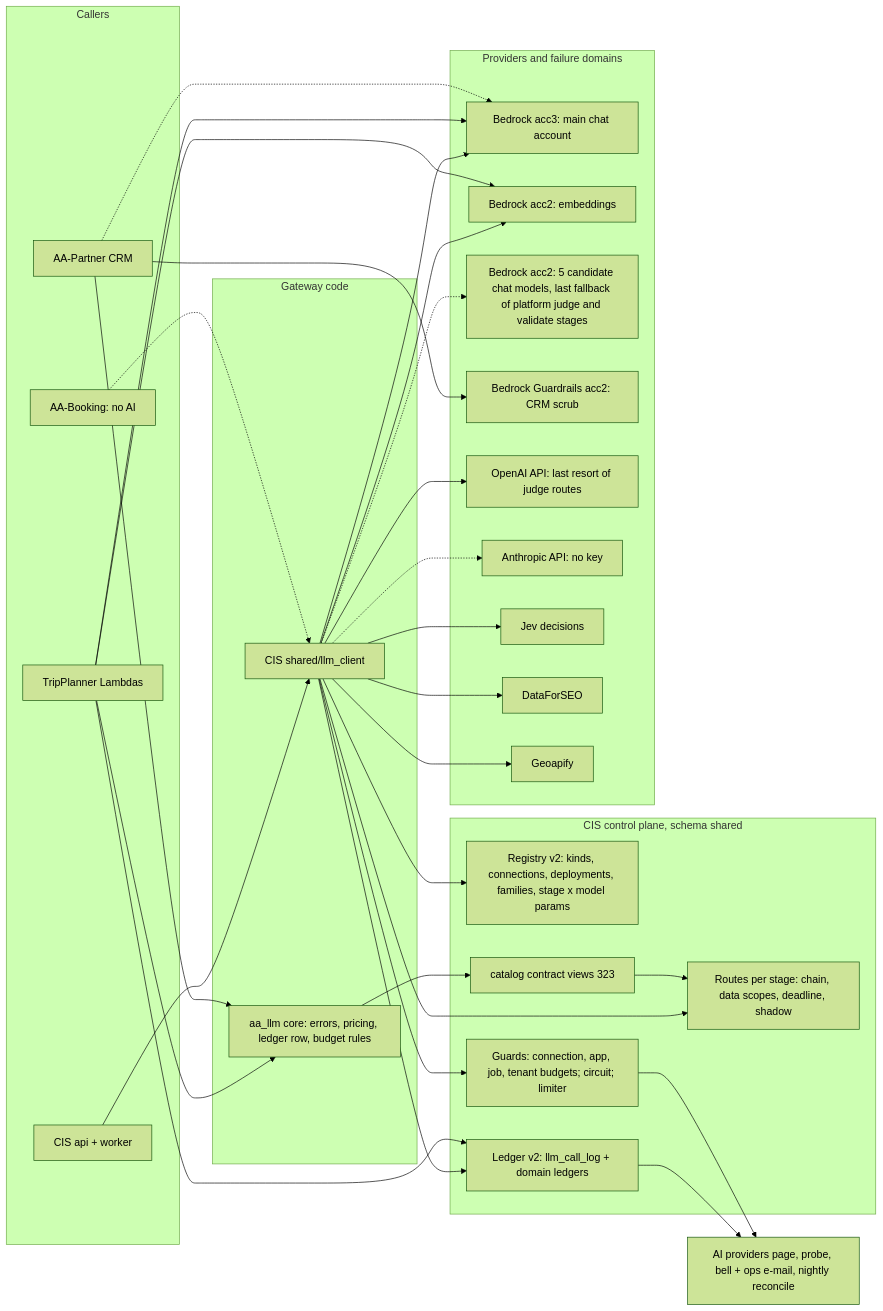
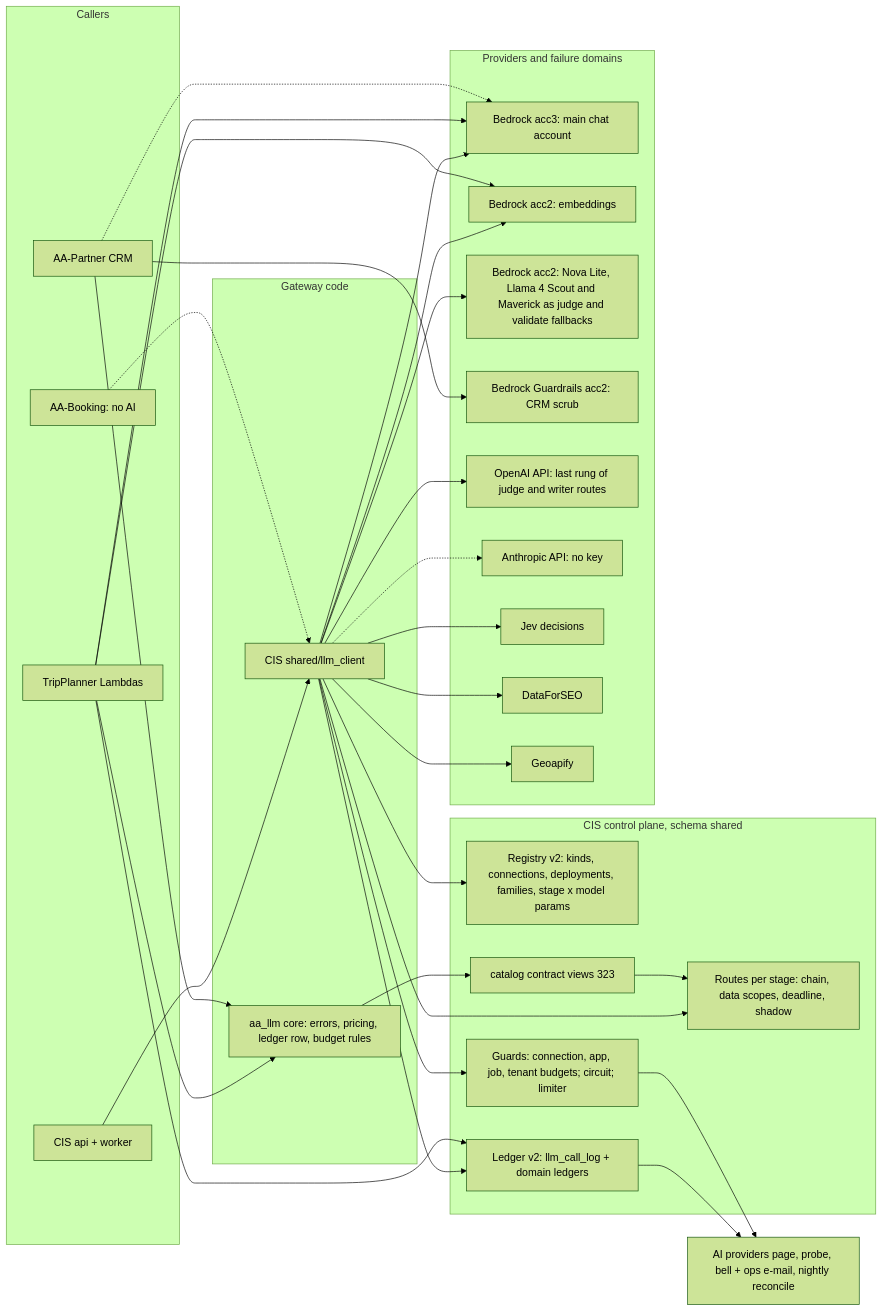
The diagram in docs/architecture/ai-gateway.md (AdventureAsia365-Ecosys/AA-Ecosys), drawn with Mermaid (forest theme) before and after one commit. The commit also changed other lines of this file and 14 other files, not shown here.

First line of the commit message:
docs: architecture docs follow the AI routes and migrations since S263 (CIS 325-346, crm-040)

````diff
--- a/docs/architecture/ai-gateway.md
+++ b/docs/architecture/ai-gateway.md
@@ -49,48 +49,48 @@
 ```mermaid
 flowchart LR
   subgraph Apps[Callers]
     CIS[CIS api + worker]
     TP[TripPlanner Lambdas]
     CRM[AA-Partner CRM]
     BK[AA-Booking: no AI]
   end
   subgraph Core[Gateway code]
     LLMC[CIS shared/llm_client]
     CORE[aa_llm core: errors, pricing, ledger row, budget rules]
   end
   subgraph CP[CIS control plane, schema shared]
     REG[Registry v2: kinds, connections, deployments, families, stage x model params]
     RT[Routes per stage: chain, data scopes, deadline, shadow]
     POL[Guards: connection, app, job, tenant budgets; circuit; limiter]
     LED[Ledger v2: llm_call_log + domain ledgers]
     VIEWS[catalog contract views 323]
   end
   subgraph Prov[Providers and failure domains]
     B3[Bedrock acc3: main chat account]
     B2E[Bedrock acc2: embeddings]
-    B2C[Bedrock acc2: 5 candidate chat models, last fallback of platform judge and validate stages]
+    B2C[Bedrock acc2: Nova Lite, Llama 4 Scout and Maverick as judge and validate fallbacks]
     GR[Bedrock Guardrails acc2: CRM scrub]
-    OA[OpenAI API: last resort of judge routes]
+    OA[OpenAI API: last rung of judge and writer routes]
     AN[Anthropic API: no key]
     JEV[Jev decisions]
     DFS[DataForSEO]
     GEO[Geoapify]
   end
   OBS[AI providers page, probe, bell + ops e-mail, nightly reconcile]
   CIS --> LLMC
   TP --> CORE
   CRM --> CORE
   BK -.-> LLMC
   LLMC --> REG & RT & POL
   CORE --> VIEWS
   VIEWS --> RT
-  LLMC --> B3 & B2E & OA & JEV & DFS & GEO
-  LLMC -.-> B2C & AN
+  LLMC --> B3 & B2E & B2C & OA & JEV & DFS & GEO
+  LLMC -.-> AN
   TP --> B3 & B2E
   CRM --> GR
   CRM -.-> B3
   LLMC --> LED
   TP --> LED
   LED --> OBS
   POL --> OBS
 ```
````
